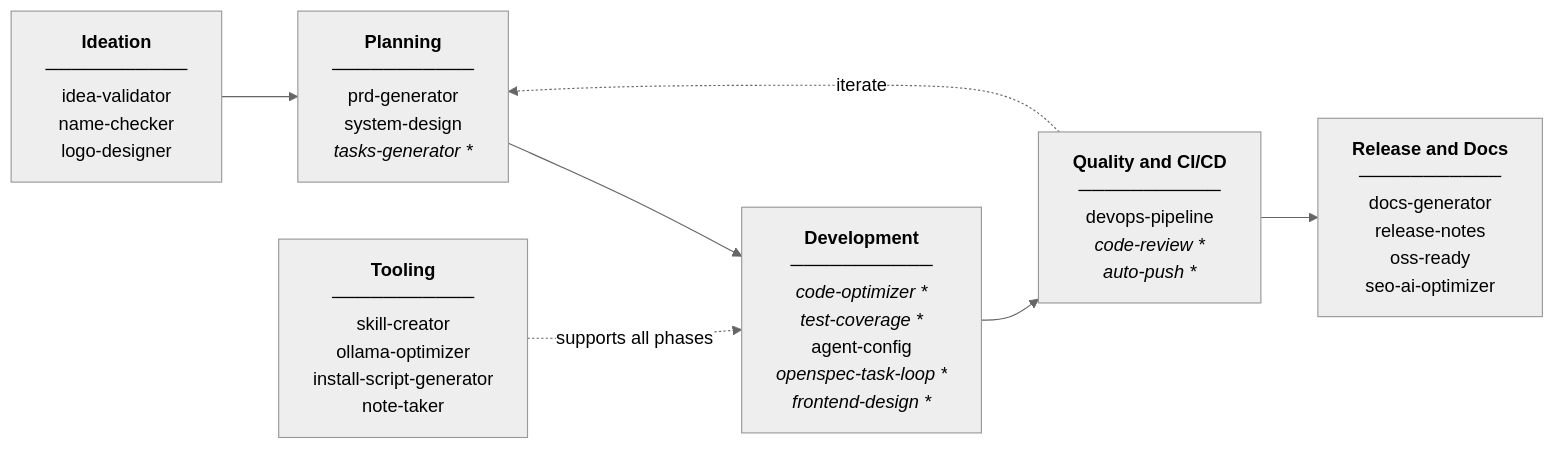
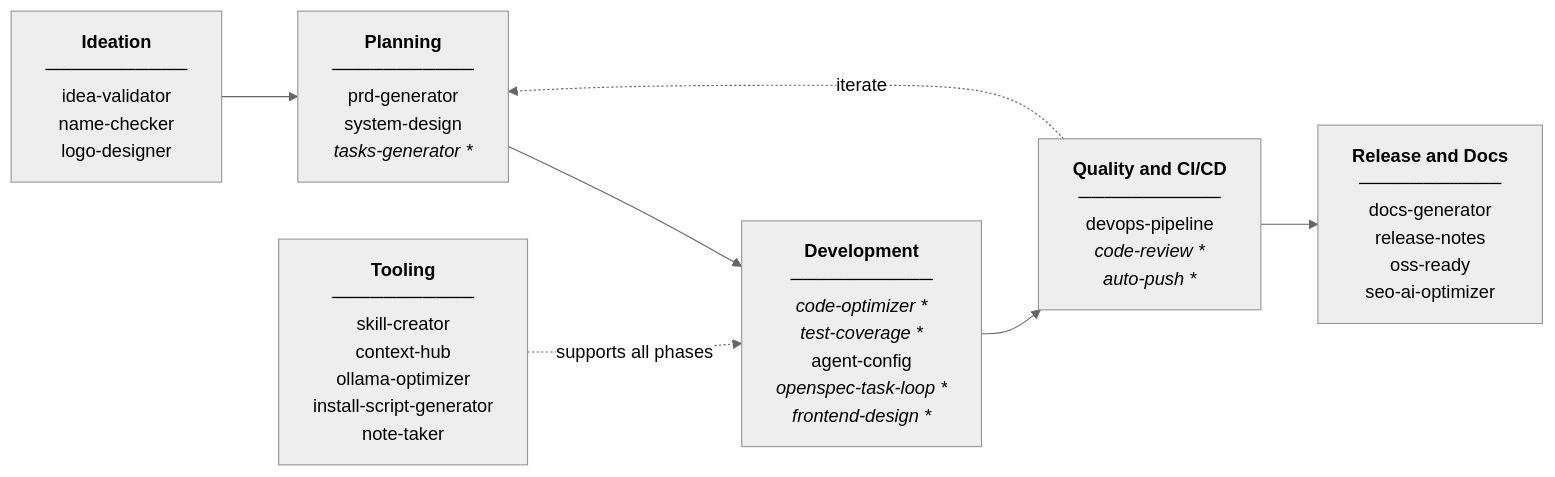
One commit to luongnv89/skills changed the diagram in README.md. Above: the diagram before and after it, drawn with Mermaid (neutral theme). The commit also changed other lines of this file and 2 other files, not shown here.

First line of the commit message:
feat(skill): add context-hub skill

````diff
--- a/README.md
+++ b/README.md
@@ -37,16 +37,16 @@
 ```mermaid
 flowchart LR
     IDEATION["<b>Ideation</b><br/>───────────<br/>idea-validator<br/>name-checker<br/>logo-designer"]
     PLANNING["<b>Planning</b><br/>───────────<br/>prd-generator<br/>system-design<br/><i>tasks-generator *</i>"]
     DEVELOPMENT["<b>Development</b><br/>───────────<br/><i>code-optimizer *</i><br/><i>test-coverage *</i><br/>agent-config<br/><i>openspec-task-loop *</i><br/><i>frontend-design *</i>"]
     QUALITY["<b>Quality and CI/CD</b><br/>───────────<br/>devops-pipeline<br/><i>code-review *</i><br/><i>auto-push *</i>"]
     RELEASE["<b>Release and Docs</b><br/>───────────<br/>docs-generator<br/>release-notes<br/>oss-ready<br/>seo-ai-optimizer"]
-    TOOLING["<b>Tooling</b><br/>───────────<br/>skill-creator<br/>ollama-optimizer<br/>install-script-generator<br/>note-taker"]
+    TOOLING["<b>Tooling</b><br/>───────────<br/>skill-creator<br/>context-hub<br/>ollama-optimizer<br/>install-script-generator<br/>note-taker"]
 
     IDEATION --> PLANNING
     PLANNING --> DEVELOPMENT
     DEVELOPMENT --> QUALITY
     QUALITY --> RELEASE
     QUALITY -.->|iterate| PLANNING
     TOOLING -.->|supports all phases| DEVELOPMENT
 ```
````
